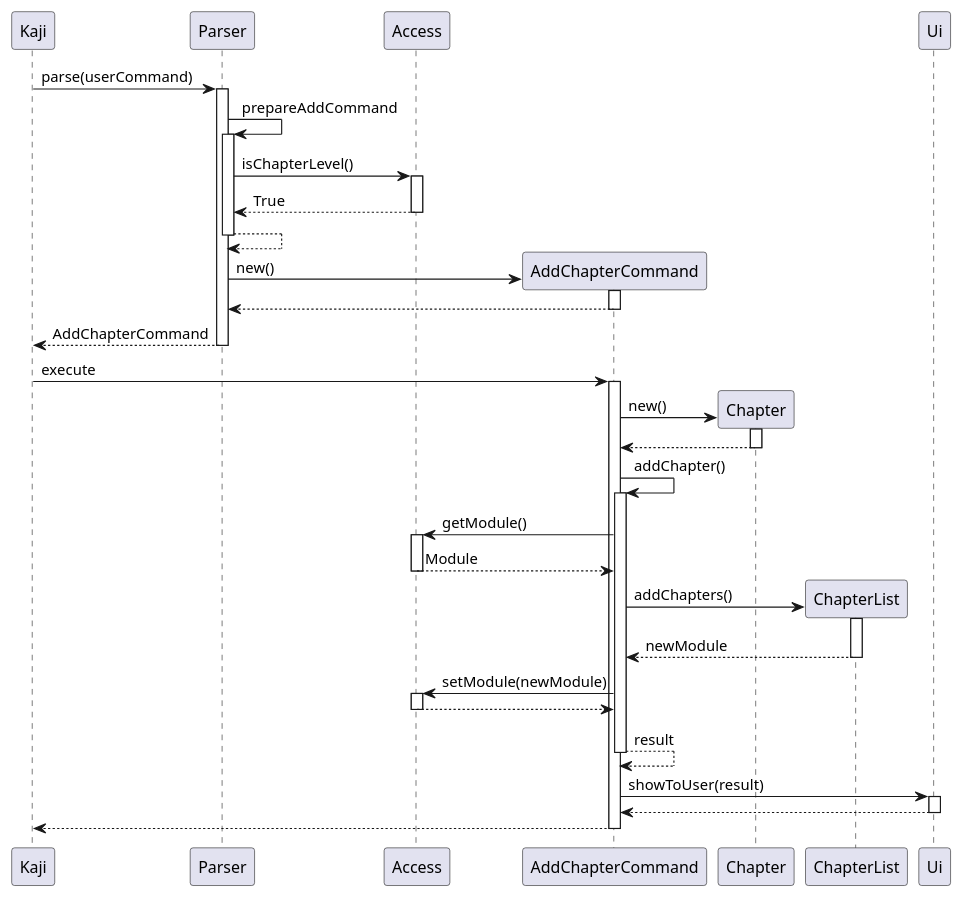
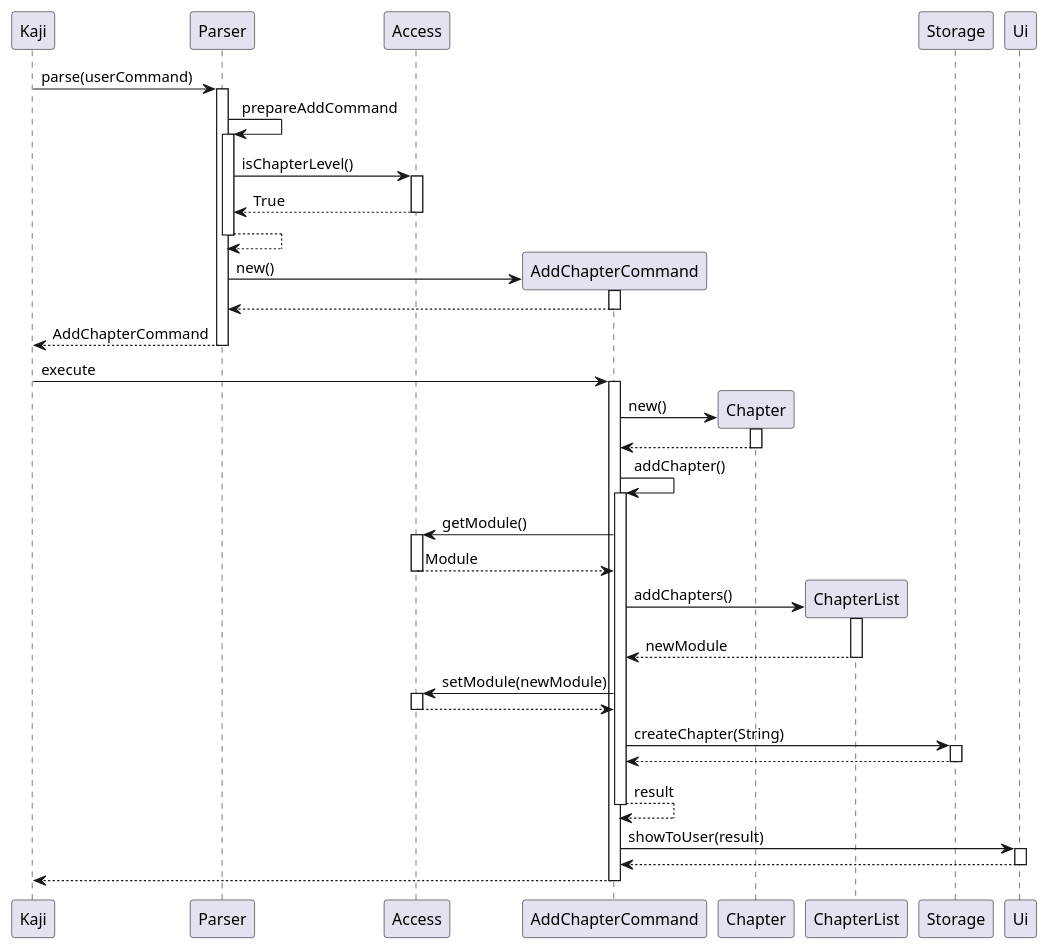
One commit to nus-cs2113-AY2021S1/tp changed the diagram in docs/UML/AddChapterCommand.puml. Above: the diagram before and after it, drawn with PlantUML. The commit also changed 3 other files, not shown here.

```diff
--- a/docs/UML/AddChapterCommand.puml
+++ b/docs/UML/AddChapterCommand.puml
@@ -1,29 +1,31 @@
 @startuml
 Kaji -> Parser ++ : parse(userCommand)
 Parser -> Parser ++ : prepareAddCommand
 Parser -> Access ++ : isChapterLevel()
 return True
 return
 create AddChapterCommand
 Parser -> AddChapterCommand ++ : new()
 return
 return AddChapterCommand
 Kaji -> AddChapterCommand ++ : execute
 
 create Chapter
 AddChapterCommand -> Chapter ++ : new()
 return
 AddChapterCommand -> AddChapterCommand ++ : addChapter()
 AddChapterCommand -> Access ++ : getModule()
 return Module
 create ChapterList
 AddChapterCommand -> ChapterList ++ : addChapters()
 return newModule
 AddChapterCommand -> Access ++ : setModule(newModule)
 return
+AddChapterCommand -> Storage ++: createChapter(String)
+return
 return result
 AddChapterCommand -> Ui ++ : showToUser(result)
 return
 return
 
 @enduml
```
